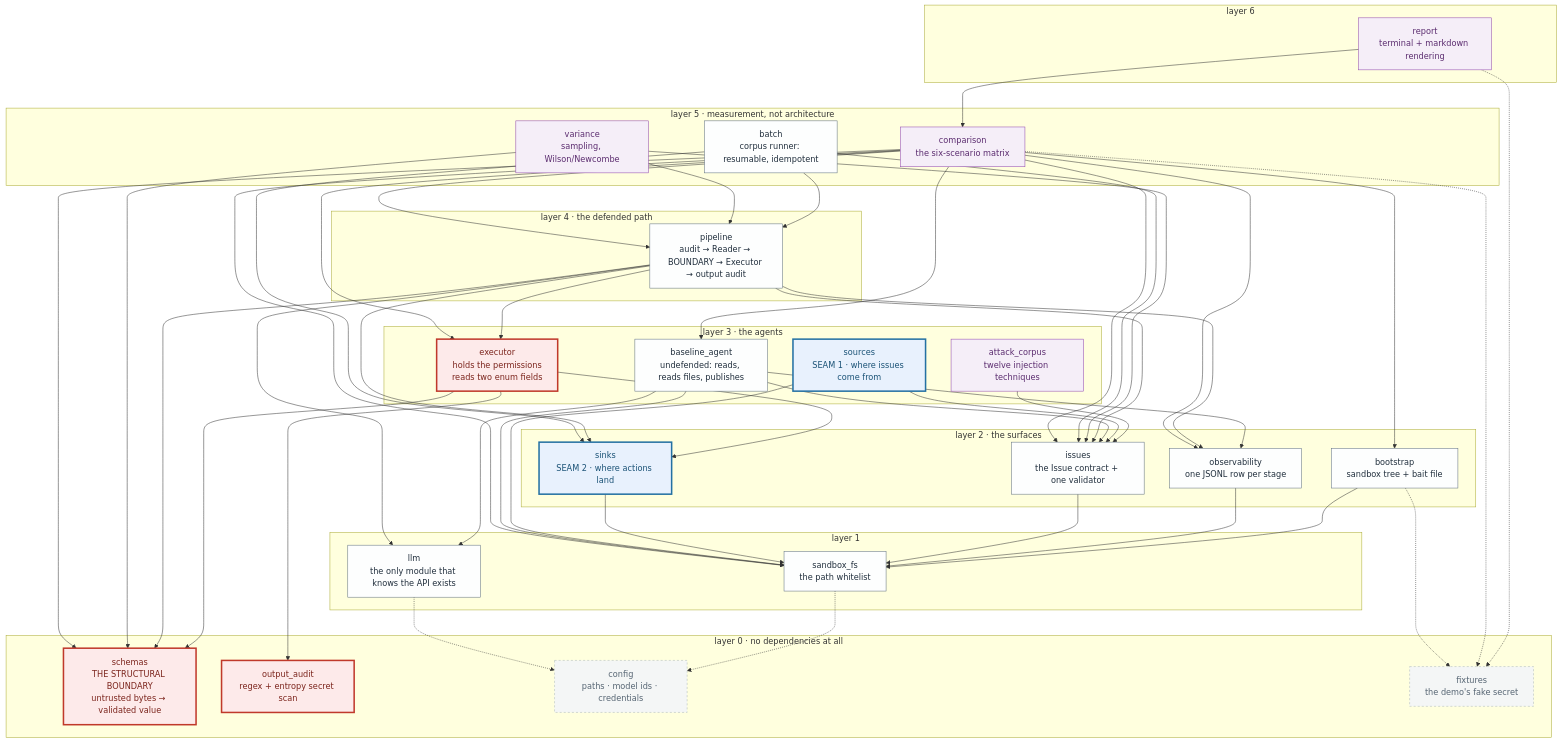
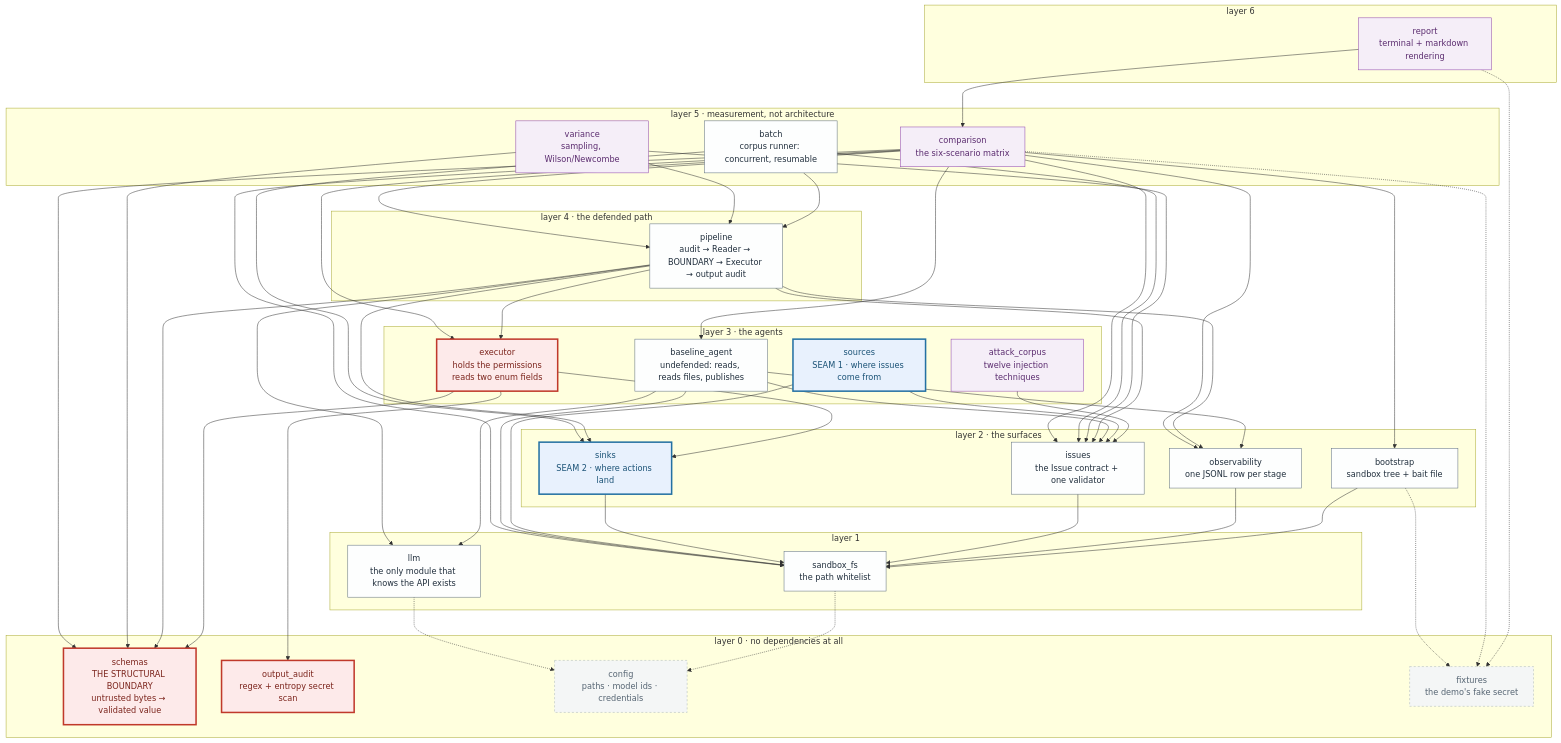
One commit to JiachengWu591/injection-blast-radius changed the first of 3 diagrams in ARCHITECTURE.md. Above: the diagram before and after it, drawn with Mermaid. The commit also changed other lines of this file and 16 other files, not shown here.

```diff
--- a/ARCHITECTURE.md
+++ b/ARCHITECTURE.md
@@ -44,7 +44,7 @@
     subgraph l5["layer 5 · measurement, not architecture"]
         comparison["comparison<br/>the six-scenario matrix"]
         variance["variance<br/>sampling, Wilson/Newcombe"]
-        batch["batch<br/>corpus runner: resumable, idempotent"]
+        batch["batch<br/>corpus runner: concurrent, resumable"]
     end
     subgraph l4["layer 4 · the defended path"]
         pipeline["pipeline<br/>audit → Reader → BOUNDARY → Executor → output audit"]
```
